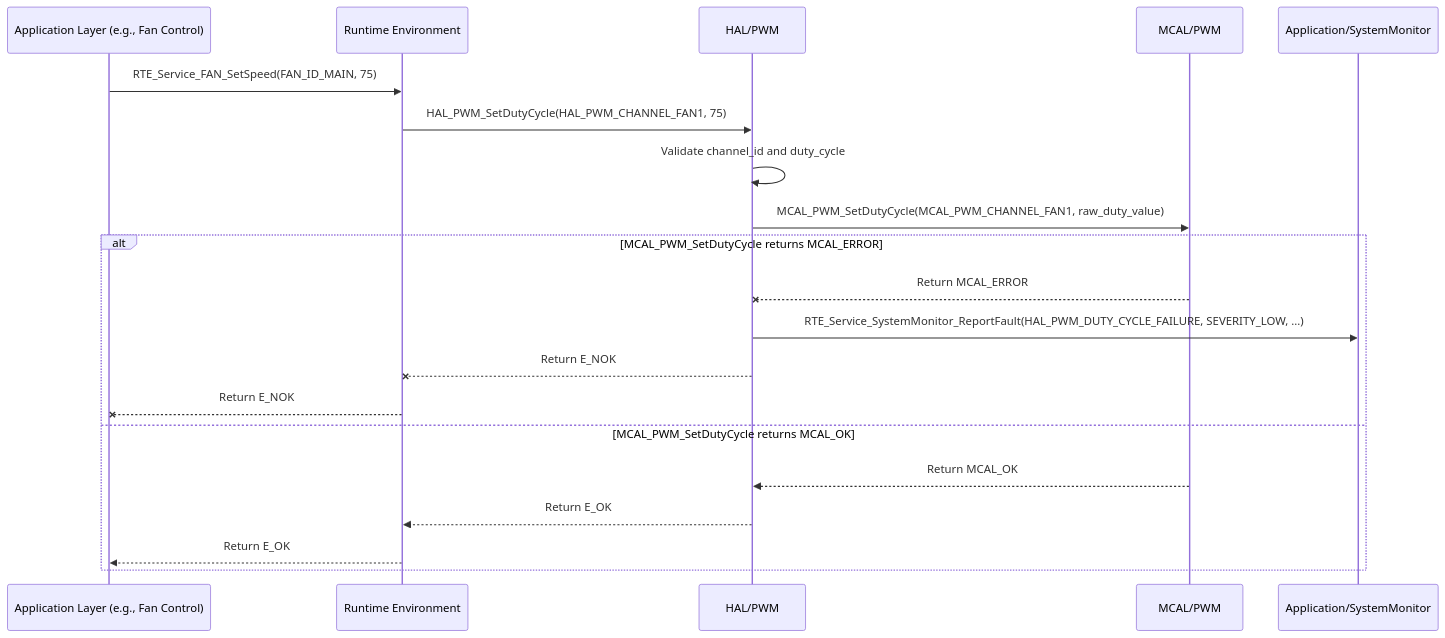
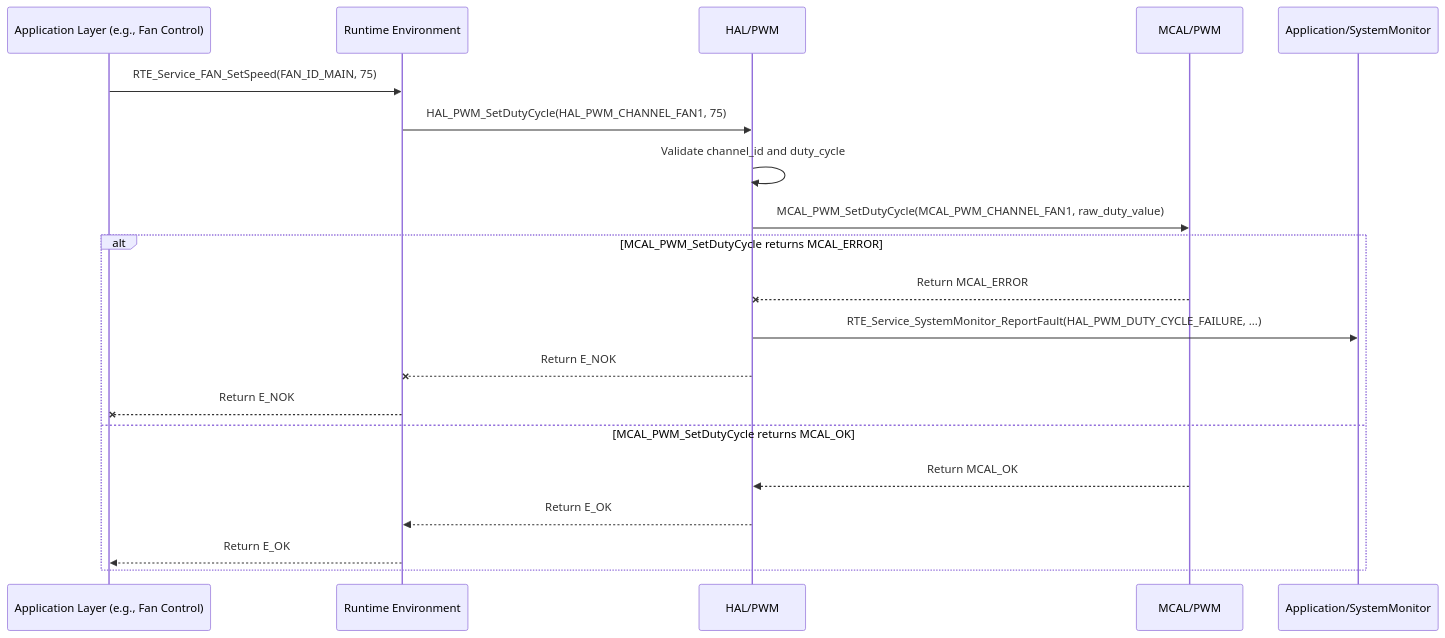
The diagram in Requiremets/Design/HAL/HAL_PWM.md (ashaker-2/Platform), drawn with Mermaid before and after one commit. The commit also changed other lines of this file and 79 other files, not shown here.

````diff
--- a/Requiremets/Design/HAL/HAL_PWM.md
+++ b/Requiremets/Design/HAL/HAL_PWM.md
@@ -150,23 +152,23 @@
 ```mermaid
 sequenceDiagram  
     participant App as Application Layer (e.g., Fan Control)  
     participant RTE as Runtime Environment  
     participant HAL_PWM as HAL/PWM  
     participant MCAL_PWM as MCAL/PWM  
     participant SystemMonitor as Application/SystemMonitor
 
     App->>RTE: RTE_Service_FAN_SetSpeed(FAN_ID_MAIN, 75)  
     RTE->>HAL_PWM: HAL_PWM_SetDutyCycle(HAL_PWM_CHANNEL_FAN1, 75)  
     HAL_PWM->>HAL_PWM: Validate channel_id and duty_cycle  
     HAL_PWM->>MCAL_PWM: MCAL_PWM_SetDutyCycle(MCAL_PWM_CHANNEL_FAN1, raw_duty_value)  
     alt MCAL_PWM_SetDutyCycle returns MCAL_ERROR  
         MCAL_PWM--xHAL_PWM: Return MCAL_ERROR  
-        HAL_PWM->>SystemMonitor: RTE_Service_SystemMonitor_ReportFault(HAL_PWM_DUTY_CYCLE_FAILURE, SEVERITY_LOW, ...)  
+        HAL_PWM->>SystemMonitor: RTE_Service_SystemMonitor_ReportFault(HAL_PWM_DUTY_CYCLE_FAILURE,  ...)  
         HAL_PWM--xRTE: Return E_NOK  
         RTE--xApp: Return E_NOK  
     else MCAL_PWM_SetDutyCycle returns MCAL_OK  
         MCAL_PWM-->>HAL_PWM: Return MCAL_OK  
         HAL_PWM-->>RTE: Return E_OK  
         RTE-->>App: Return E_OK  
     end
 ```
````
